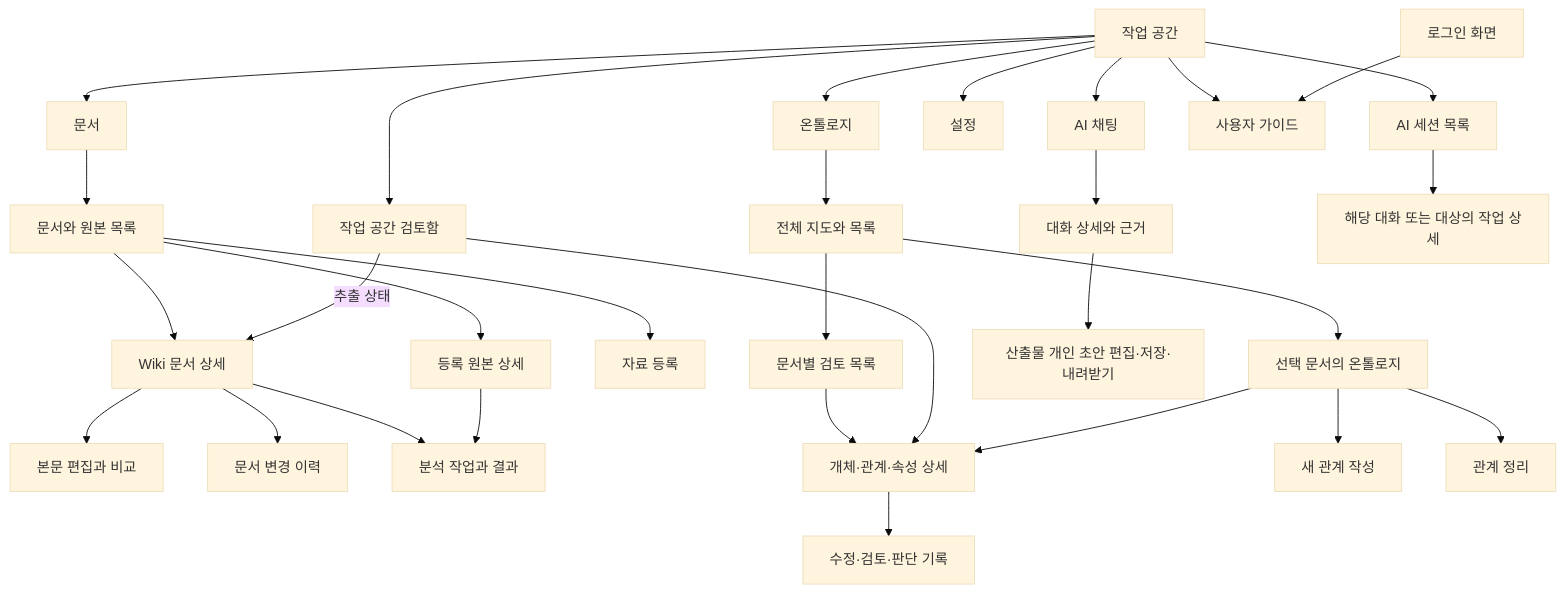
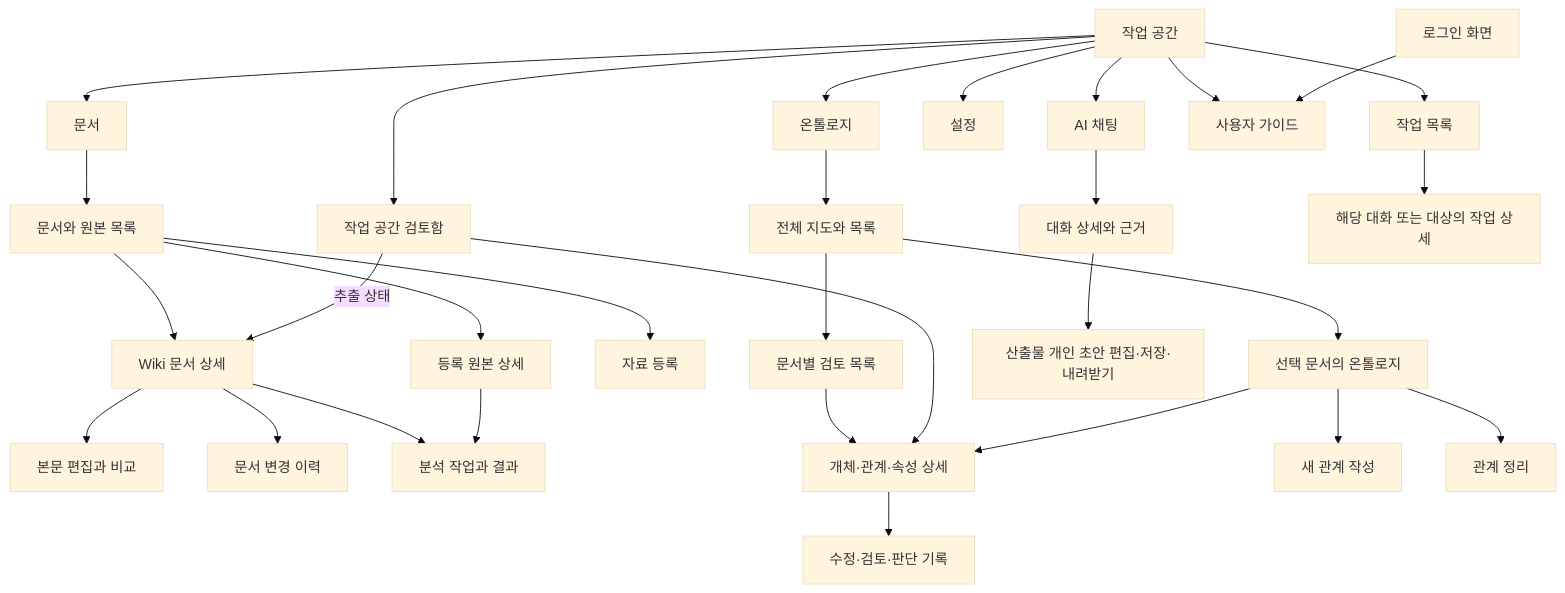
One commit to Jong-Yu/llm-wiki changed the diagram in docs/domains/ui/INFORMATION_ARCHITECTURE.md. Above: the diagram before and after it, drawn with Mermaid (base theme). The commit also changed other lines of this file and 73 other files, not shown here.

````diff
--- a/docs/domains/ui/INFORMATION_ARCHITECTURE.md
+++ b/docs/domains/ui/INFORMATION_ARCHITECTURE.md
@@ -32,32 +32,32 @@
 ```mermaid
 flowchart TD
     APP[작업 공간] --> D[문서]
     APP --> Q[작업 공간 검토함]
     APP --> O[온톨로지]
     APP --> A[AI 채팅]
     APP --> S[설정]
-    APP --> J[AI 세션 목록]
+    APP --> J[작업 목록]
     APP --> G[사용자 가이드]
     LOGIN[로그인 화면] --> G
     D --> DL[문서와 원본 목록]
     DL --> DD[Wiki 문서 상세]
     DL --> SD[등록 원본 상세]
     DL --> REG[자료 등록]
     DD --> EDIT[본문 편집과 비교]
     DD --> HIST[문서 변경 이력]
     DD --> JOB[분석 작업과 결과]
     SD --> JOB
     O --> OG[전체 지도와 목록]
     OG --> OD[선택 문서의 온톨로지]
     OG --> QUEUE[문서별 검토 목록]
     QUEUE --> RD
     Q --> RD
     Q -- 추출 상태 --> DD
     OD --> RD[개체·관계·속성 상세]
     OD --> NEW[새 관계 작성]
     RD --> REVIEW[수정·검토·판단 기록]
     OD --> CLEAN[관계 정리]
     A --> CHAT[대화 상세와 근거]
     CHAT --> ART[산출물 개인 초안 편집·저장·내려받기]
     J --> TARGET[해당 대화 또는 대상의 작업 상세]
 ```
````
